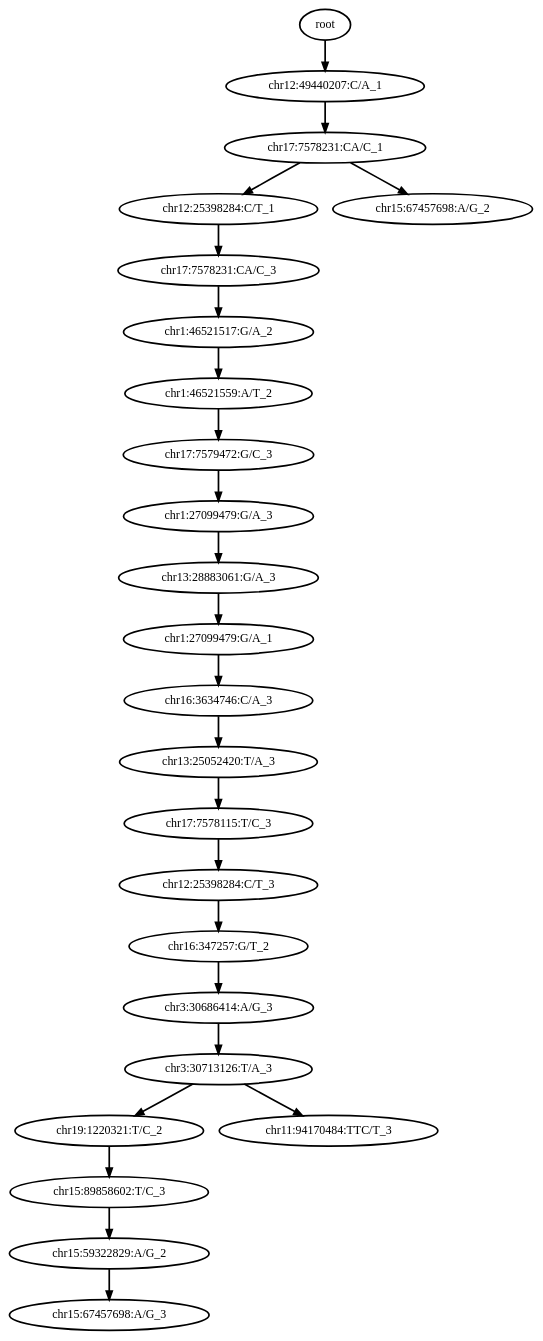
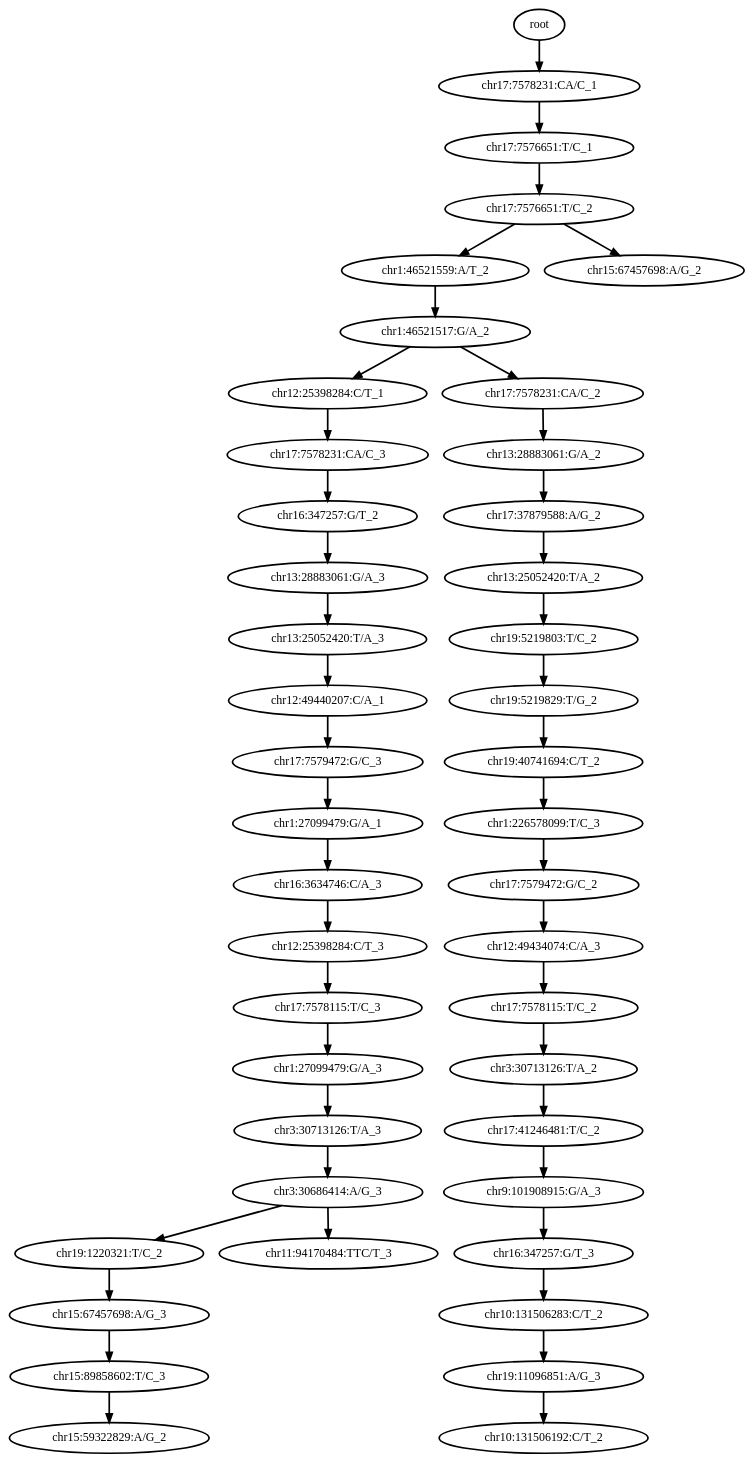
The diagram in 0_condor_pipeline/condor_outputs/M13/out_tree_without_cells.dot (haochenz96/Tapestri_main_manuscript_analysis), drawn with Graphviz before and after one commit. The commit also changed 104 other files, not shown here.

```diff
--- a/0_condor_pipeline/condor_outputs/M13/out_tree_without_cells.dot
+++ b/0_condor_pipeline/condor_outputs/M13/out_tree_without_cells.dot
@@ -1,51 +1,91 @@
 digraph N {
 	overlap="false"
 	rankdir="TB"
 	0 [label="root", style="bold"];
-	1 [label="chr12:49440207:C/A_1", style="bold"];
-	2 [label="chr17:7578231:CA/C_1", style="bold"];
-	3 [label="chr12:25398284:C/T_1", style="bold"];
-	4 [label="chr17:7578231:CA/C_3", style="bold"];
+	1 [label="chr17:7578231:CA/C_1", style="bold"];
+	2 [label="chr17:7576651:T/C_1", style="bold"];
+	3 [label="chr17:7576651:T/C_2", style="bold"];
+	4 [label="chr1:46521559:A/T_2", style="bold"];
 	5 [label="chr1:46521517:G/A_2", style="bold"];
-	6 [label="chr1:46521559:A/T_2", style="bold"];
-	7 [label="chr17:7579472:G/C_3", style="bold"];
-	8 [label="chr1:27099479:G/A_3", style="bold"];
+	6 [label="chr12:25398284:C/T_1", style="bold"];
+	7 [label="chr17:7578231:CA/C_3", style="bold"];
+	8 [label="chr16:347257:G/T_2", style="bold"];
 	9 [label="chr13:28883061:G/A_3", style="bold"];
-	10 [label="chr1:27099479:G/A_1", style="bold"];
-	11 [label="chr16:3634746:C/A_3", style="bold"];
-	12 [label="chr13:25052420:T/A_3", style="bold"];
-	13 [label="chr17:7578115:T/C_3", style="bold"];
-	14 [label="chr12:25398284:C/T_3", style="bold"];
-	15 [label="chr16:347257:G/T_2", style="bold"];
-	16 [label="chr3:30686414:A/G_3", style="bold"];
-	17 [label="chr3:30713126:T/A_3", style="bold"];
-	18 [label="chr19:1220321:T/C_2", style="bold"];
-	19 [label="chr15:89858602:T/C_3", style="bold"];
-	20 [label="chr15:59322829:A/G_2", style="bold"];
+	10 [label="chr13:25052420:T/A_3", style="bold"];
+	11 [label="chr12:49440207:C/A_1", style="bold"];
+	12 [label="chr17:7579472:G/C_3", style="bold"];
+	13 [label="chr1:27099479:G/A_1", style="bold"];
+	14 [label="chr16:3634746:C/A_3", style="bold"];
+	15 [label="chr12:25398284:C/T_3", style="bold"];
+	16 [label="chr17:7578115:T/C_3", style="bold"];
+	17 [label="chr1:27099479:G/A_3", style="bold"];
+	18 [label="chr3:30713126:T/A_3", style="bold"];
+	19 [label="chr3:30686414:A/G_3", style="bold"];
+	20 [label="chr19:1220321:T/C_2", style="bold"];
 	21 [label="chr15:67457698:A/G_3", style="bold"];
-	22 [label="chr11:94170484:TTC/T_3", style="bold"];
-	23 [label="chr15:67457698:A/G_2", style="bold"];
+	22 [label="chr15:89858602:T/C_3", style="bold"];
+	23 [label="chr15:59322829:A/G_2", style="bold"];
+	24 [label="chr11:94170484:TTC/T_3", style="bold"];
+	25 [label="chr17:7578231:CA/C_2", style="bold"];
+	26 [label="chr13:28883061:G/A_2", style="bold"];
+	27 [label="chr17:37879588:A/G_2", style="bold"];
+	28 [label="chr13:25052420:T/A_2", style="bold"];
+	29 [label="chr19:5219803:T/C_2", style="bold"];
+	30 [label="chr19:5219829:T/G_2", style="bold"];
+	31 [label="chr19:40741694:C/T_2", style="bold"];
+	32 [label="chr1:226578099:T/C_3", style="bold"];
+	33 [label="chr17:7579472:G/C_2", style="bold"];
+	34 [label="chr12:49434074:C/A_3", style="bold"];
+	35 [label="chr17:7578115:T/C_2", style="bold"];
+	36 [label="chr3:30713126:T/A_2", style="bold"];
+	37 [label="chr17:41246481:T/C_2", style="bold"];
+	38 [label="chr9:101908915:G/A_3", style="bold"];
+	39 [label="chr16:347257:G/T_3", style="bold"];
+	40 [label="chr10:131506283:C/T_2", style="bold"];
+	41 [label="chr19:11096851:A/G_3", style="bold"];
+	42 [label="chr10:131506192:C/T_2", style="bold"];
+	43 [label="chr15:67457698:A/G_2", style="bold"];
 	0 -> 1 [style="bold"];
 	1 -> 2 [style="bold"];
 	2 -> 3 [style="bold"];
-	2 -> 23 [style="bold"];
 	3 -> 4 [style="bold"];
+	3 -> 43 [style="bold"];
 	4 -> 5 [style="bold"];
 	5 -> 6 [style="bold"];
+	5 -> 25 [style="bold"];
 	6 -> 7 [style="bold"];
 	7 -> 8 [style="bold"];
 	8 -> 9 [style="bold"];
 	9 -> 10 [style="bold"];
 	10 -> 11 [style="bold"];
 	11 -> 12 [style="bold"];
 	12 -> 13 [style="bold"];
 	13 -> 14 [style="bold"];
 	14 -> 15 [style="bold"];
 	15 -> 16 [style="bold"];
 	16 -> 17 [style="bold"];
 	17 -> 18 [style="bold"];
-	17 -> 22 [style="bold"];
 	18 -> 19 [style="bold"];
 	19 -> 20 [style="bold"];
+	19 -> 24 [style="bold"];
 	20 -> 21 [style="bold"];
+	21 -> 22 [style="bold"];
+	22 -> 23 [style="bold"];
+	25 -> 26 [style="bold"];
+	26 -> 27 [style="bold"];
+	27 -> 28 [style="bold"];
+	28 -> 29 [style="bold"];
+	29 -> 30 [style="bold"];
+	30 -> 31 [style="bold"];
+	31 -> 32 [style="bold"];
+	32 -> 33 [style="bold"];
+	33 -> 34 [style="bold"];
+	34 -> 35 [style="bold"];
+	35 -> 36 [style="bold"];
+	36 -> 37 [style="bold"];
+	37 -> 38 [style="bold"];
+	38 -> 39 [style="bold"];
+	39 -> 40 [style="bold"];
+	40 -> 41 [style="bold"];
+	41 -> 42 [style="bold"];
 }
```
